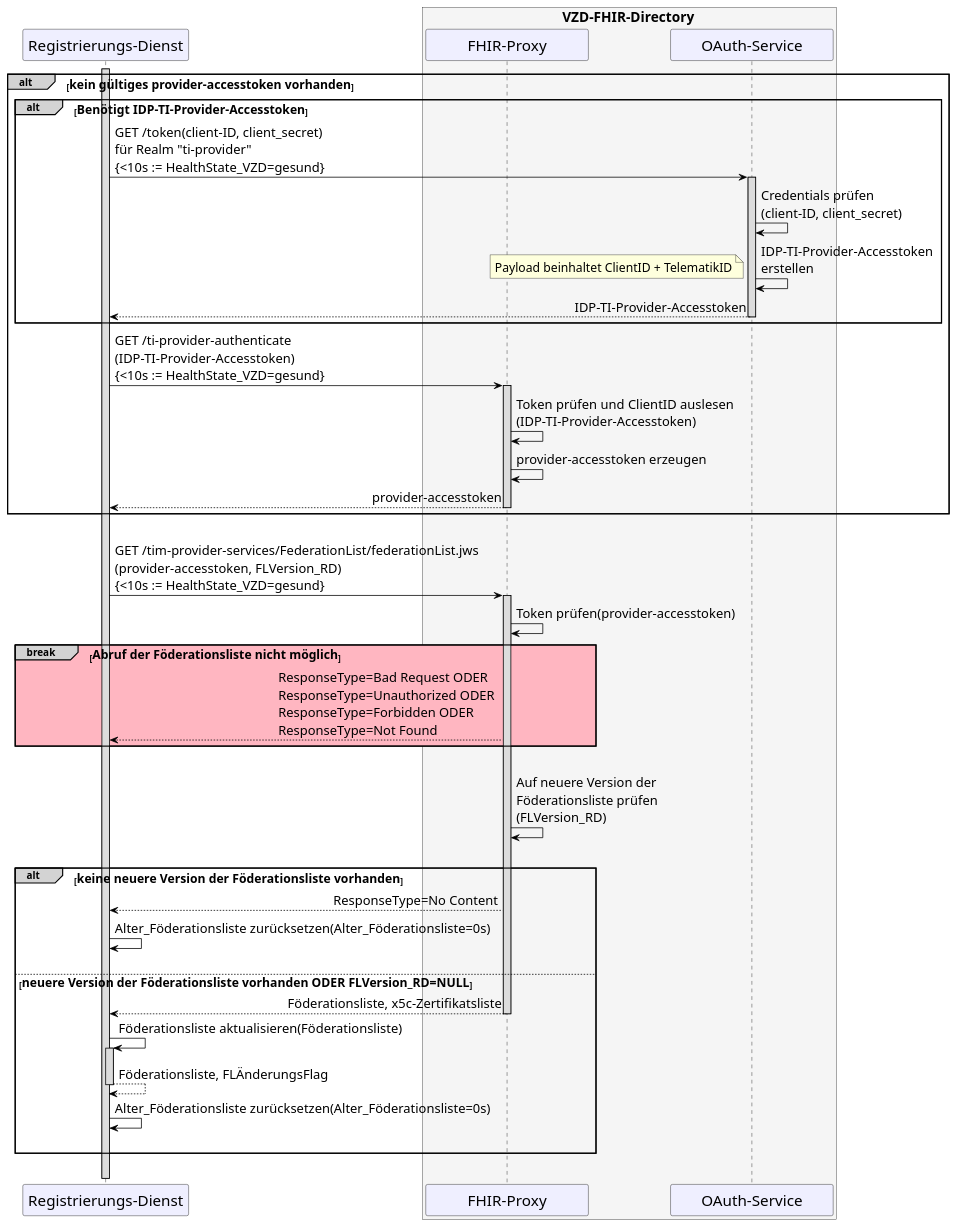
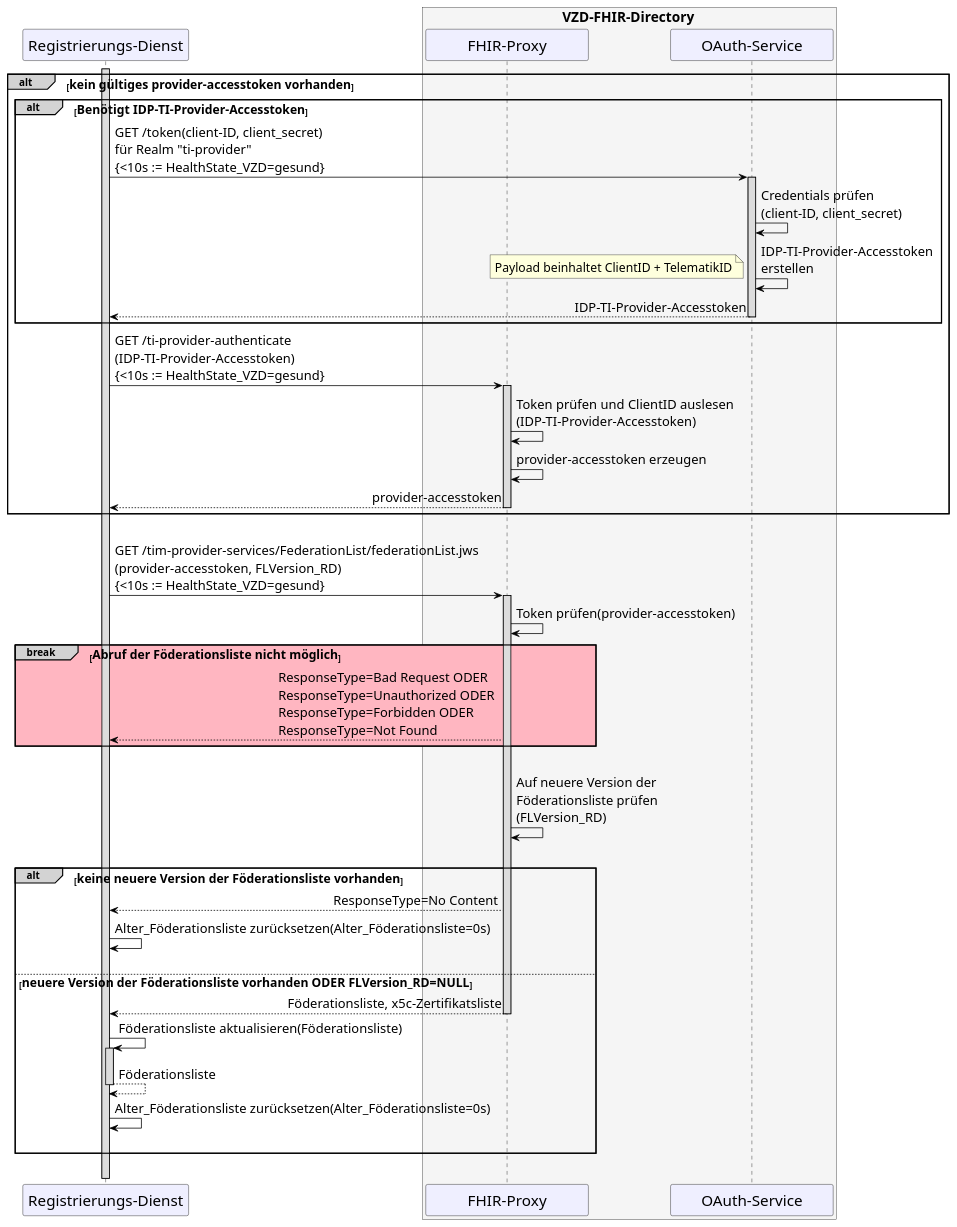
One commit to gematik/api-ti-messenger changed the diagram in src/plantuml/TI-Messenger-Dienst/Ressourcen/UC_Update_Federationlist_auth_retrieve.puml. Above: the diagram before and after it, drawn with PlantUML. The commit also changed 1 other file, not shown here.

```diff
--- a/src/plantuml/TI-Messenger-Dienst/Ressourcen/UC_Update_Federationlist_auth_retrieve.puml
+++ b/src/plantuml/TI-Messenger-Dienst/Ressourcen/UC_Update_Federationlist_auth_retrieve.puml
@@ -9,82 +9,80 @@
 @startuml
 skinparam sequenceMessageAlign direction
 skinparam minClassWidth 200
 skinparam BoxPadding 1
 skinparam sequenceReferenceHeaderBackgroundColor palegreen
 scale max 2048 width
 
 skinparam sequence {
 ArrowColor black
 ArrowFontSize 17
 ActorBorderColor black
 LifeLineBorderColor black
 LifeLineBackgroundColor Gainsboro
 
 ParticipantBorderColor Motivation
 ParticipantBackgroundColor Motivation
 ParticipantFontName Impact
 ParticipantFontSize 20
 ParticipantFontColor black
 ParticipantBorderColor Black
 ParticipantBackgroundColor MOTIVATION
 
 ActorBackgroundColor Gainsboro
 ActorFontColor black
 ActorFontSize 20
 ActorFontName Aapex
 }
 
 participant RD as "Registrierungs-Dienst"
 box <size:18>VZD-FHIR-Directory</size> #WhiteSmoke
   participant FP as "FHIR-Proxy"
   participant AS as "OAuth-Service"
 end box
 
 alt#LightGrey <size:16>kein gültiges provider-accesstoken vorhanden</size>
   activate RD
   alt#LightGrey <size:16>Benötigt IDP-TI-Provider-Accesstoken</size>
       RD -> AS: GET /token(client-ID, client_secret)\nfür Realm "ti-provider"\n{<10s := HealthState_VZD=gesund}
       activate AS
       AS -> AS: Credentials prüfen \n(client-ID, client_secret)
       AS -> AS: IDP-TI-Provider-Accesstoken\nerstellen
       note left: <size:16>Payload beinhaltet ClientID + TelematikID</size>
       AS --> RD: IDP-TI-Provider-Accesstoken
       deactivate AS
   end
   RD -> FP: GET /ti-provider-authenticate\n(IDP-TI-Provider-Accesstoken)\n{<10s := HealthState_VZD=gesund}
   activate FP
   FP -> FP: Token prüfen und ClientID auslesen\n(IDP-TI-Provider-Accesstoken)
   FP -> FP: provider-accesstoken erzeugen
   FP --> RD: provider-accesstoken
   deactivate FP
 end
 
 |||
 RD->FP: GET /tim-provider-services/FederationList/federationList.jws\n(provider-accesstoken, FLVersion_RD)\n{<10s := HealthState_VZD=gesund}
   Activate FP
 FP->FP: Token prüfen(provider-accesstoken)
 
 break#LightGrey #LightPink <size:16>Abruf der Föderationsliste nicht möglich</size>
   FP-->RD: ResponseType=Bad Request ODER \nResponseType=Unauthorized ODER \nResponseType=Forbidden ODER \nResponseType=Not Found
 end 
 
 |||
 FP->FP: Auf neuere Version der \nFöderationsliste prüfen\n(FLVersion_RD)
 |||
 
 alt#LightGrey <size:16>keine neuere Version der Föderationsliste vorhanden</size>
   FP-->RD: ResponseType=No Content
   RD->RD: Alter_Föderationsliste zurücksetzen(Alter_Föderationsliste=0s)
   |||
 else <size:16>neuere Version der Föderationsliste vorhanden ODER FLVersion_RD=NULL</size>
   FP-->RD: Föderationsliste, x5c-Zertifikatsliste
       Deactivate FP
   RD->RD++: Föderationsliste aktualisieren(Föderationsliste)
-  return Föderationsliste, FLÄnderungsFlag
+  return Föderationsliste
   RD->RD: Alter_Föderationsliste zurücksetzen(Alter_Föderationsliste=0s)
   |||
 end
 |||
-
-
 @enduml
```
